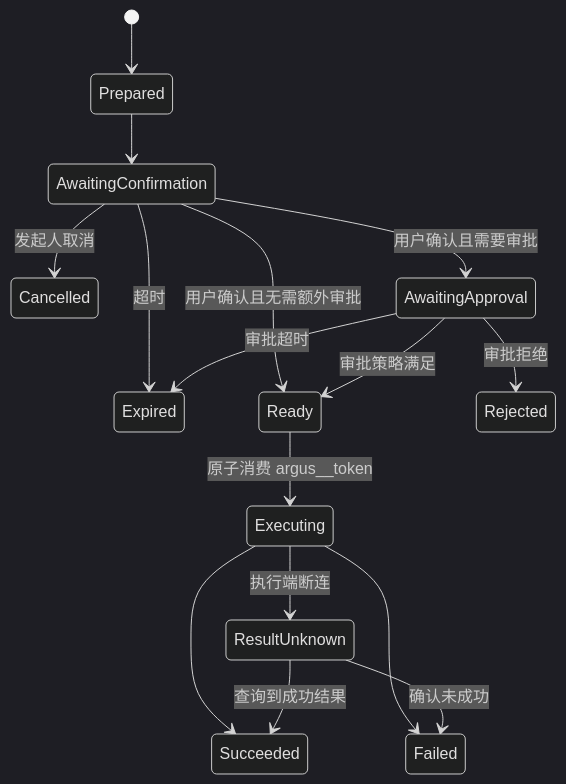
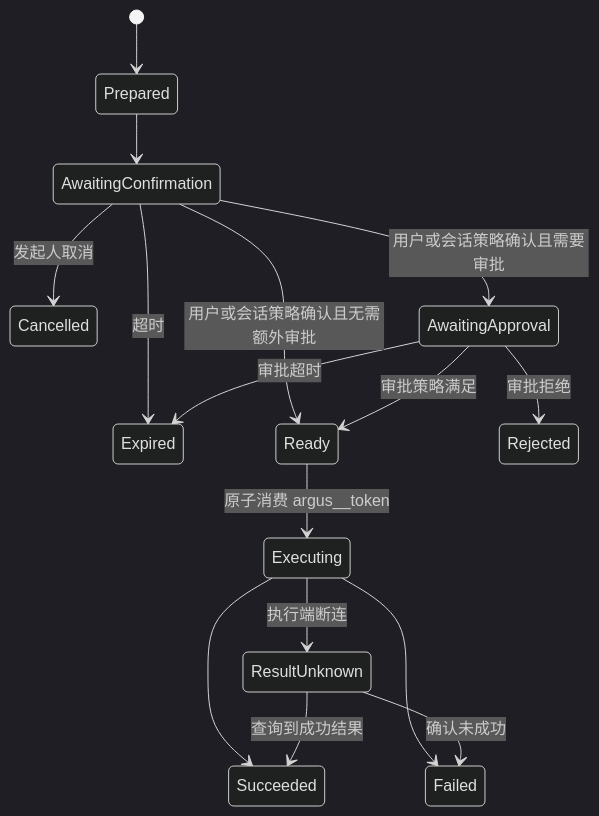
One commit to Minecodex/Argus changed the second of 2 diagrams in docs/04-agent-mcp-and-action-workflow.md. Above: the diagram before and after it, drawn with Mermaid (dark theme). The commit also changed other lines of this file and 525 other files, not shown here.

````diff
--- a/docs/04-agent-mcp-and-action-workflow.md
+++ b/docs/04-agent-mcp-and-action-workflow.md
@@ -300,18 +302,18 @@
 ```mermaid
 stateDiagram-v2
     [*] --> Prepared
     Prepared --> AwaitingConfirmation
     AwaitingConfirmation --> Cancelled: 发起人取消
     AwaitingConfirmation --> Expired: 超时
-    AwaitingConfirmation --> AwaitingApproval: 用户确认且需要审批
-    AwaitingConfirmation --> Ready: 用户确认且无需额外审批
+    AwaitingConfirmation --> AwaitingApproval: 用户或会话策略确认且需要审批
+    AwaitingConfirmation --> Ready: 用户或会话策略确认且无需额外审批
     AwaitingApproval --> Rejected: 审批拒绝
     AwaitingApproval --> Ready: 审批策略满足
     AwaitingApproval --> Expired: 审批超时
     Ready --> Executing: 原子消费 argus__token
     Executing --> Succeeded
     Executing --> Failed
     Executing --> ResultUnknown: 执行端断连
     ResultUnknown --> Succeeded: 查询到成功结果
     ResultUnknown --> Failed: 确认未成功
 ```
````
